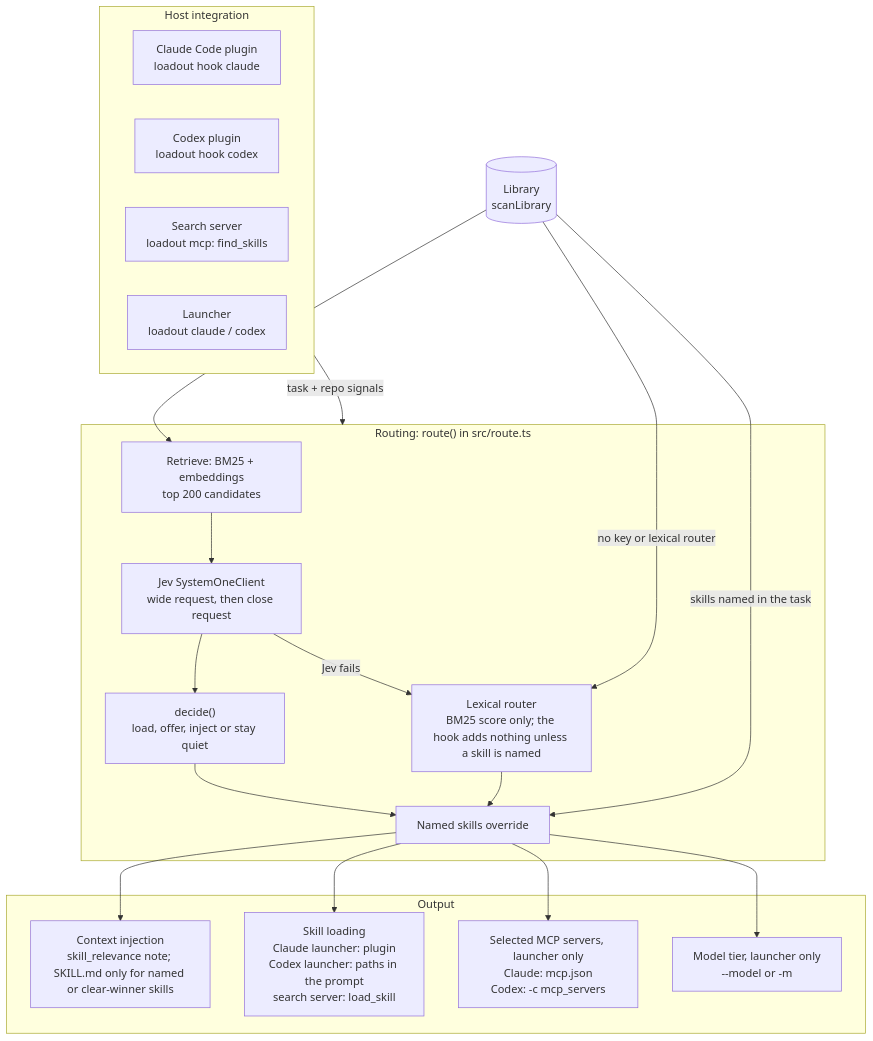
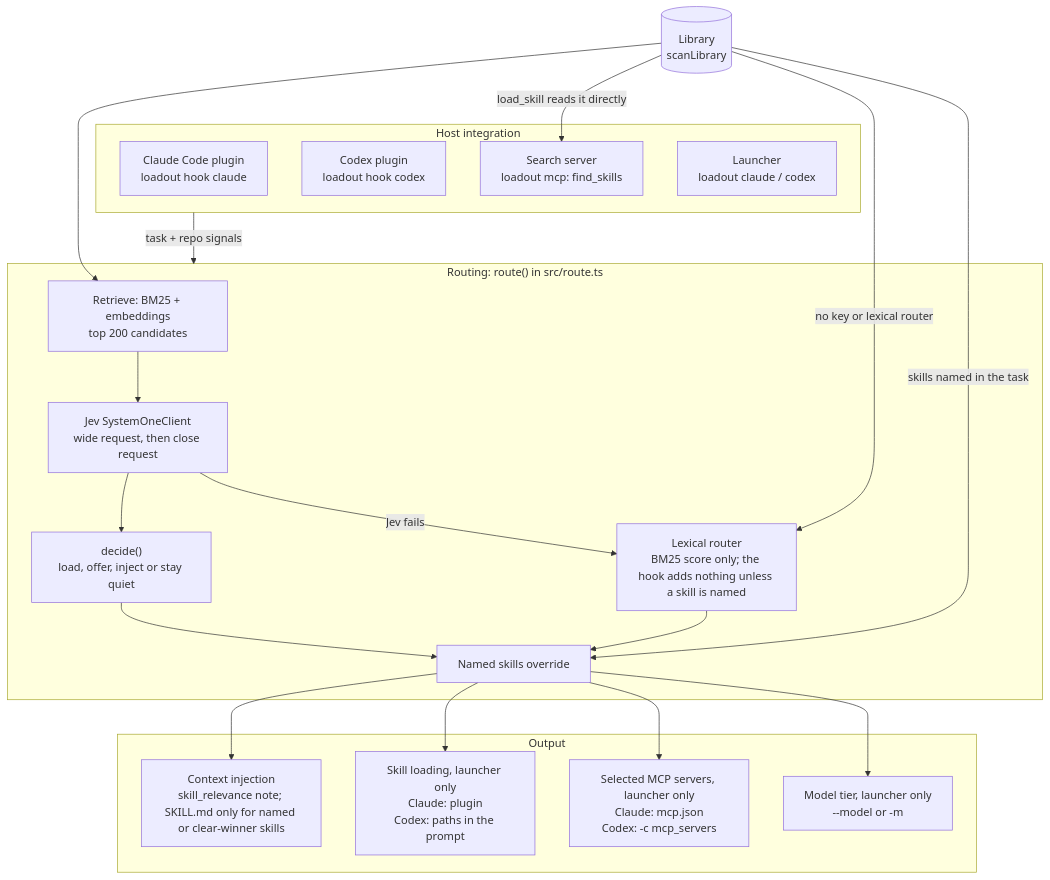
One commit to erik-hedstrom/loadout changed the diagram in DESIGN.md. Above: the diagram before and after it, drawn with Mermaid.

Commit message:
E6: load_skill reads the library directly, outside routing
Codex round 5: loadSkill() resolves the key against the full library, so
it gets its own edge from the library to the search server, and the
routed skill-loading output is launcher only.

Claude-Session: https://claude.ai/code/session_01HuyR49tfEGYja23caRY2JK

````diff
--- a/DESIGN.md
+++ b/DESIGN.md
@@ -29,40 +29,41 @@
 ```mermaid
 flowchart TB
     subgraph host["Host integration"]
         CH["Claude Code plugin<br/>loadout hook claude"]
         XH["Codex plugin<br/>loadout hook codex"]
         MS["Search server<br/>loadout mcp: find_skills"]
         LA["Launcher<br/>loadout claude / codex"]
     end
 
     LIB[("Library<br/>scanLibrary")]
 
     subgraph routing["Routing: route() in src/route.ts"]
         RET["Retrieve: BM25 + embeddings<br/>top 200 candidates"]
         JEV["Jev SystemOneClient<br/>wide request, then close request"]
         DEC["decide()<br/>load, offer, inject or stay quiet"]
         LEX["Lexical router<br/>BM25 score only; the hook adds nothing unless a skill is named"]
         MEN["Named skills override"]
         RET --> JEV
         JEV -->|"Jev fails"| LEX
         JEV --> DEC
         DEC --> MEN
         LEX --> MEN
     end
 
     subgraph out["Output"]
         CTX["Context injection<br/>skill_relevance note; SKILL.md only for named or clear-winner skills"]
-        SKL["Skill loading<br/>Claude launcher: plugin<br/>Codex launcher: paths in the prompt<br/>search server: load_skill"]
+        SKL["Skill loading, launcher only<br/>Claude: plugin<br/>Codex: paths in the prompt"]
         MCPS["Selected MCP servers, launcher only<br/>Claude: mcp.json<br/>Codex: -c mcp_servers"]
         TIER["Model tier, launcher only<br/>--model or -m"]
     end
 
     host -->|"task + repo signals"| routing
     LIB --> RET
     LIB -->|"no key or lexical router"| LEX
     LIB -->|"skills named in the task"| MEN
+    LIB -->|"load_skill reads it directly"| MS
     MEN --> CTX
     MEN --> SKL
     MEN --> MCPS
     MEN --> TIER
 ```
````
